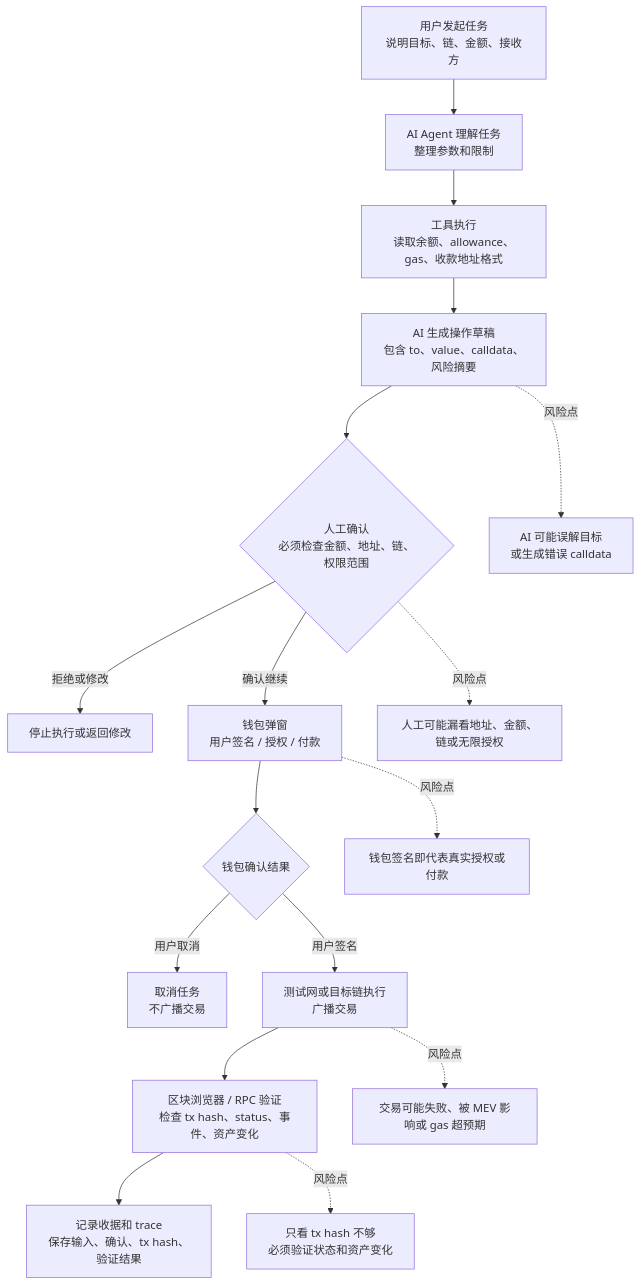
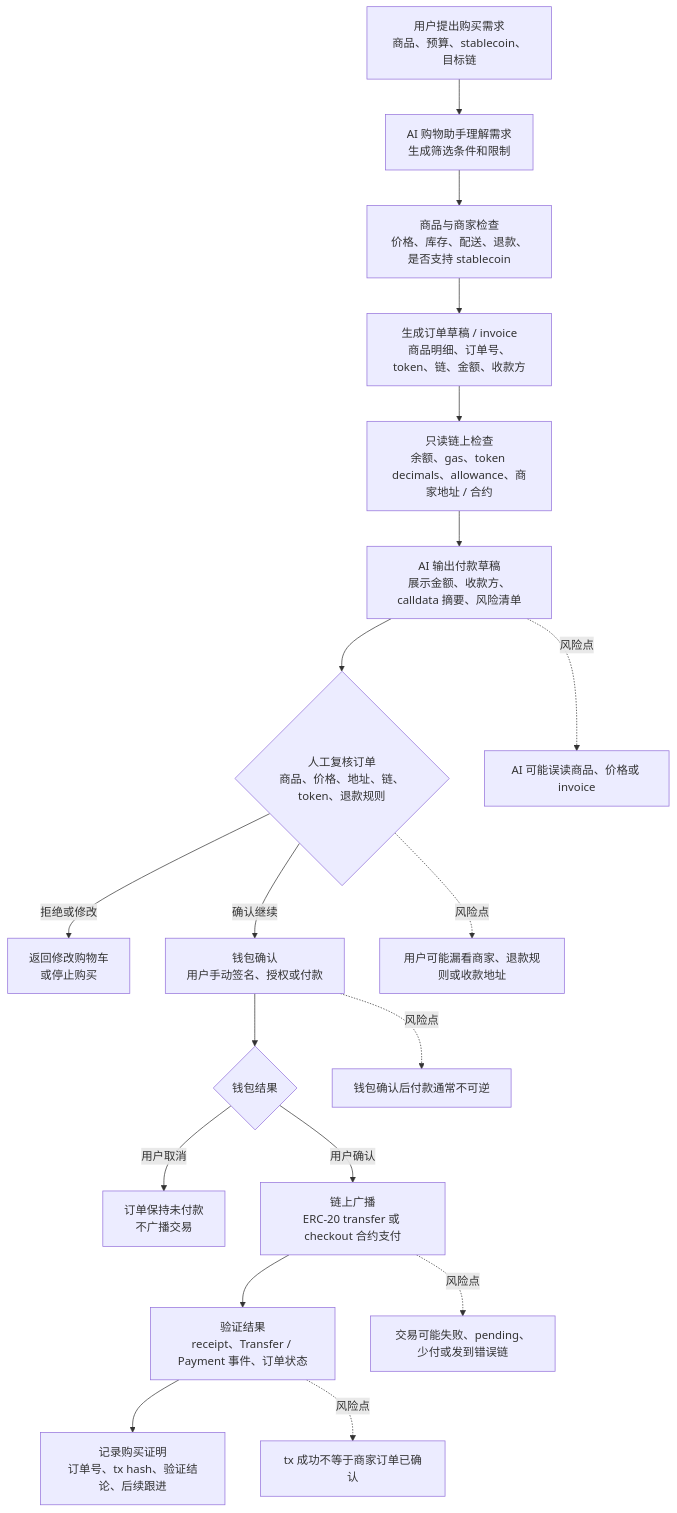
Before and after one commit to web3yaso/ai-web3-school-cohort-0: the diagram in tasks/2026-05-26-ai-web3-workflow-boundary.md, drawn with Mermaid. The commit also changed other lines of this file, not shown here.

````diff
--- a/tasks/2026-05-26-ai-web3-workflow-boundary.md
+++ b/tasks/2026-05-26-ai-web3-workflow-boundary.md
@@ -11,20 +98,22 @@
 ```mermaid
 flowchart TD
-    U[用户发起任务<br/>说明目标、链、金额、接收方] --> A[AI Agent 理解任务<br/>整理参数和限制]
-    A --> T[工具执行<br/>读取余额、allowance、gas、收款地址格式]
-    T --> D[AI 生成操作草稿<br/>包含 to、value、calldata、风险摘要]
-    D --> H{人工确认<br/>必须检查金额、地址、链、权限范围}
-    H -->|拒绝或修改| R[停止执行或返回修改]
-    H -->|确认继续| W[钱包弹窗<br/>用户签名 / 授权 / 付款]
-    W --> C{钱包确认结果}
-    C -->|用户取消| X[取消任务<br/>不广播交易]
-    C -->|用户签名| B[测试网或目标链执行<br/>广播交易]
-    B --> E[区块浏览器 / RPC 验证<br/>检查 tx hash、status、事件、资产变化]
-    E --> L[记录收据和 trace<br/>保存输入、确认、tx hash、验证结果]
+    U[用户提出购买需求<br/>商品、预算、stablecoin、目标链] --> A[AI 购物助手理解需求<br/>生成筛选条件和限制]
+    A --> S[商品与商家检查<br/>价格、库存、配送、退款、是否支持 stablecoin]
+    S --> Q[生成订单草稿 / invoice<br/>商品明细、订单号、token、链、金额、收款方]
+    Q --> R[只读链上检查<br/>余额、gas、token decimals、allowance、商家地址 / 合约]
+    R --> D[AI 输出付款草稿<br/>展示金额、收款方、calldata 摘要、风险清单]
+    D --> H{人工复核订单<br/>商品、价格、地址、链、token、退款规则}
+    H -->|拒绝或修改| M[返回修改购物车<br/>或停止购买]
+    H -->|确认继续| W[钱包确认<br/>用户手动签名、授权或付款]
+    W --> C{钱包结果}
+    C -->|用户取消| X[订单保持未付款<br/>不广播交易]
+    C -->|用户确认| B[链上广播<br/>ERC-20 transfer 或 checkout 合约支付]
+    B --> V[验证结果<br/>receipt、Transfer / Payment 事件、订单状态]
+    V --> L[记录购买证明<br/>订单号、tx hash、验证结论、后续跟进]
 
-    D -. 风险点 .-> P1[AI 可能误解目标<br/>或生成错误 calldata]
-    H -. 风险点 .-> P2[人工可能漏看地址、金额、链或无限授权]
-    W -. 风险点 .-> P3[钱包签名即代表真实授权或付款]
-    B -. 风险点 .-> P4[交易可能失败、被 MEV 影响或 gas 超预期]
-    E -. 风险点 .-> P5[只看 tx hash 不够<br/>必须验证状态和资产变化]
+    D -. 风险点 .-> P1[AI 可能误读商品、价格或 invoice]
+    H -. 风险点 .-> P2[用户可能漏看商家、退款规则或收款地址]
+    W -. 风险点 .-> P3[钱包确认后付款通常不可逆]
+    B -. 风险点 .-> P4[交易可能失败、pending、少付或发到错误链]
+    V -. 风险点 .-> P5[tx 成功不等于商家订单已确认]
 ```
````
